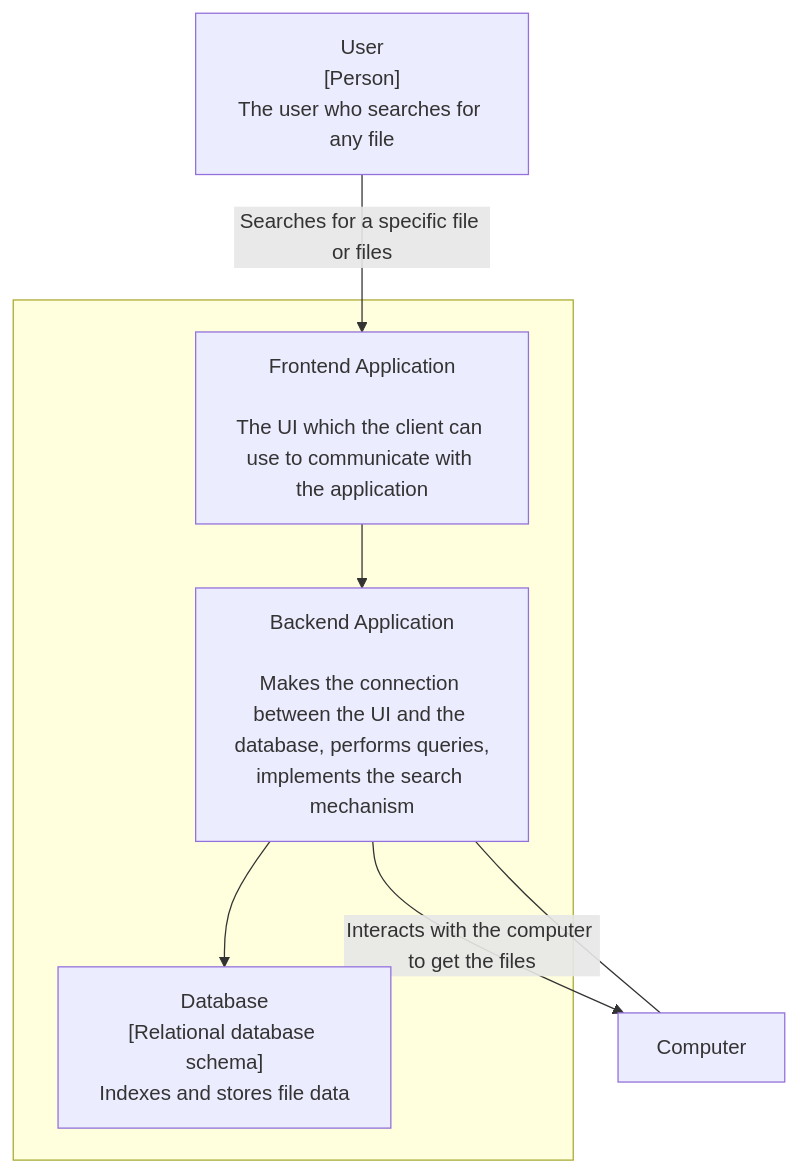
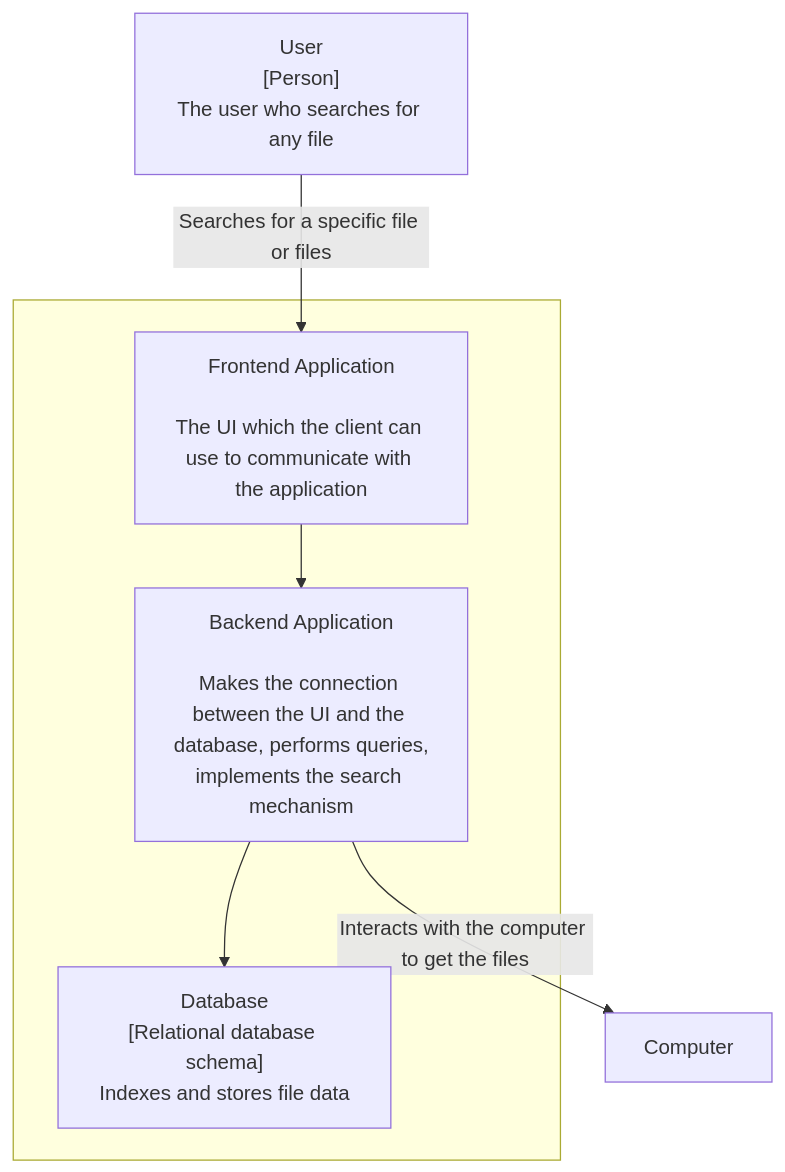
The second of 2 diagrams in ARCHITECTURE.md (moldovanolimpiu/File-Search-Engine), drawn with Mermaid before and after one commit.

````diff
--- a/ARCHITECTURE.md
+++ b/ARCHITECTURE.md
@@ -14,16 +14,15 @@
 ``` mermaid
 
 flowchart TD
     subgraph Group1[" "]
         A
         B
         C
     end
     D["User\n[Person]\nThe user who searches for any file"] -->|Searches for a specific file or files| C
     C["Frontend Application\n\nThe UI which the client can use to communicate with the application"] --> A["Backend Application\n\nMakes the connection between the UI and the database, performs queries,
 implements the search mechanism"]
     A --> B["Database\n[Relational database schema]\nIndexes and stores file data"]
     A -->|Interacts with the computer to get the files| E["Computer"]
-    A --- E
 
 ```
````
